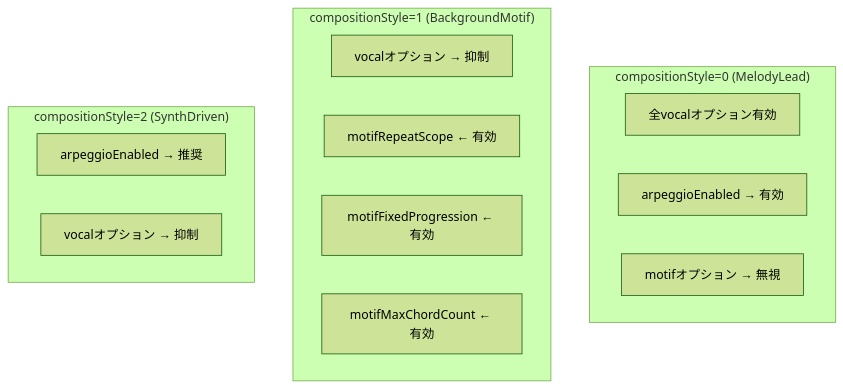
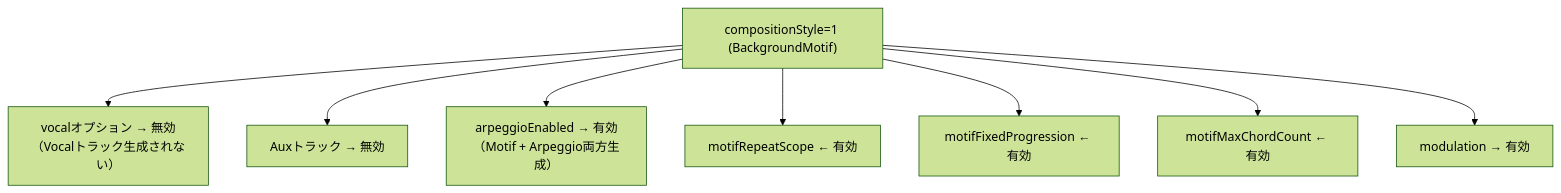
One commit to libraz/midi-sketch-homepage changed the eighth of 10 diagrams in src/ja/docs/option-relationships.md. Above: the diagram before and after it, drawn with Mermaid (forest theme). The commit also changed other lines of this file and 16 other files, not shown here.

````diff
--- a/src/ja/docs/option-relationships.md
+++ b/src/ja/docs/option-relationships.md
@@ -135,20 +141,11 @@
 ```mermaid
 graph TD
-    subgraph MelodyLead["compositionStyle=0 (MelodyLead)"]
-        ML1["全vocalオプション有効"]
-        ML2["arpeggioEnabled → 有効"]
-        ML3["motifオプション → 無視"]
-    end
-
-    subgraph BackgroundMotif["compositionStyle=1 (BackgroundMotif)"]
-        BM1["vocalオプション → 抑制"]
-        BM2["motifRepeatScope ← 有効"]
-        BM3["motifFixedProgression ← 有効"]
-        BM4["motifMaxChordCount ← 有効"]
-    end
-
-    subgraph SynthDriven["compositionStyle=2 (SynthDriven)"]
-        SD1["arpeggioEnabled → 推奨"]
-        SD2["vocalオプション → 抑制"]
-    end
+    BM["compositionStyle=1 (BackgroundMotif)"]
+    BM --> BM1["vocalオプション → 無効（Vocalトラック生成されない）"]
+    BM --> BM2["Auxトラック → 無効"]
+    BM --> BM3["arpeggioEnabled → 有効（Motif + Arpeggio両方生成）"]
+    BM --> BM4["motifRepeatScope ← 有効"]
+    BM --> BM5["motifFixedProgression ← 有効"]
+    BM --> BM6["motifMaxChordCount ← 有効"]
+    BM --> BM7["modulation → 有効"]
 ```
````
